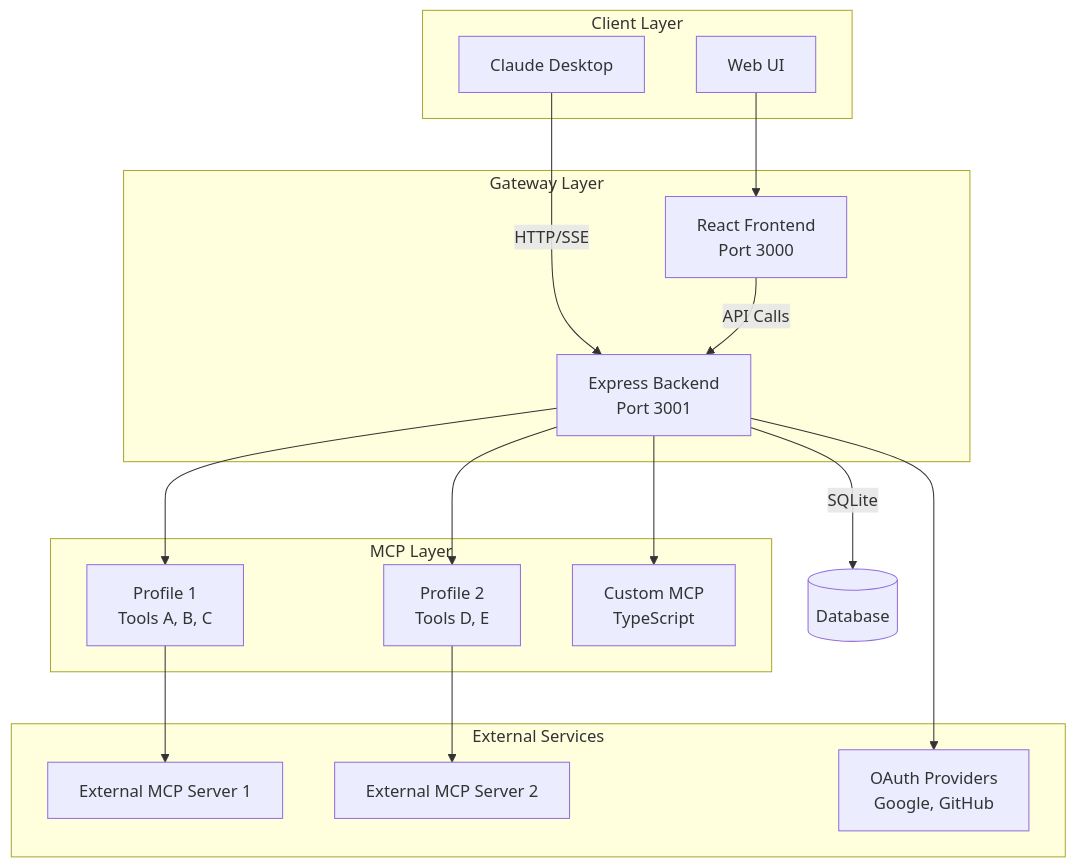
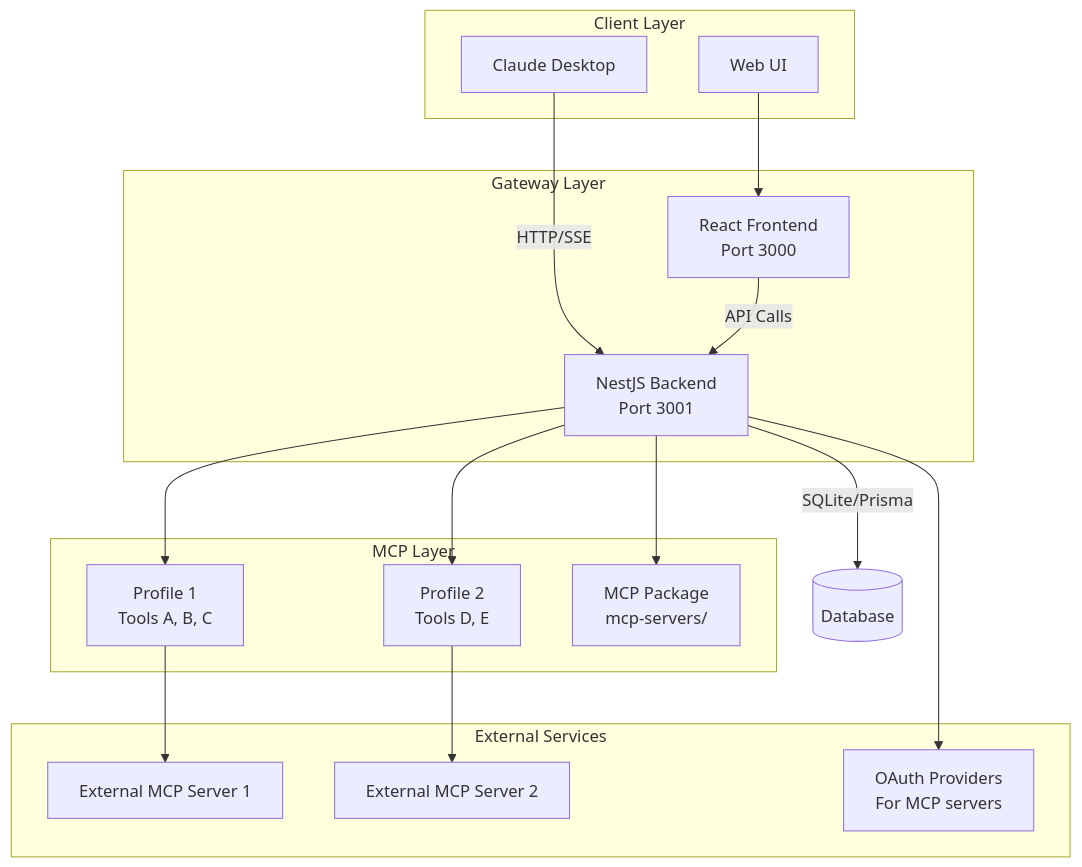
Before and after one commit to DXHeroes/local-mcp-gateway: the first of 3 diagrams in AGENTS.md, drawn with Mermaid. The commit also changed other lines of this file and 800 other files, not shown here.

````diff
--- a/AGENTS.md
+++ b/AGENTS.md
@@ -123,35 +117,35 @@
 ```mermaid
 graph TB
     subgraph "Client Layer"
         Claude[Claude Desktop]
         WebUI[Web UI]
     end
-    
+
     subgraph "Gateway Layer"
-        Backend[Express Backend<br/>Port 3001]
+        Backend[NestJS Backend<br/>Port 3001]
         Frontend[React Frontend<br/>Port 3000]
     end
-    
+
     subgraph "MCP Layer"
         Profile1[Profile 1<br/>Tools A, B, C]
         Profile2[Profile 2<br/>Tools D, E]
-        CustomMCP[Custom MCP<br/>TypeScript]
+        McpPackage[MCP Package<br/>mcp-servers/]
     end
-    
+
     subgraph "External Services"
         MCP1[External MCP Server 1]
         MCP2[External MCP Server 2]
-        OAuth[OAuth Providers<br/>Google, GitHub]
+        OAuth[OAuth Providers<br/>For MCP servers]
     end
-    
+
     Claude -->|HTTP/SSE| Backend
     WebUI --> Frontend
     Frontend -->|API Calls| Backend
     Backend --> Profile1
     Backend --> Profile2
-    Backend --> CustomMCP
+    Backend --> McpPackage
     Profile1 --> MCP1
     Profile2 --> MCP2
     Backend --> OAuth
-    Backend -->|SQLite| DB[(Database)]
+    Backend -->|SQLite/Prisma| DB[(Database)]
 ```
````
